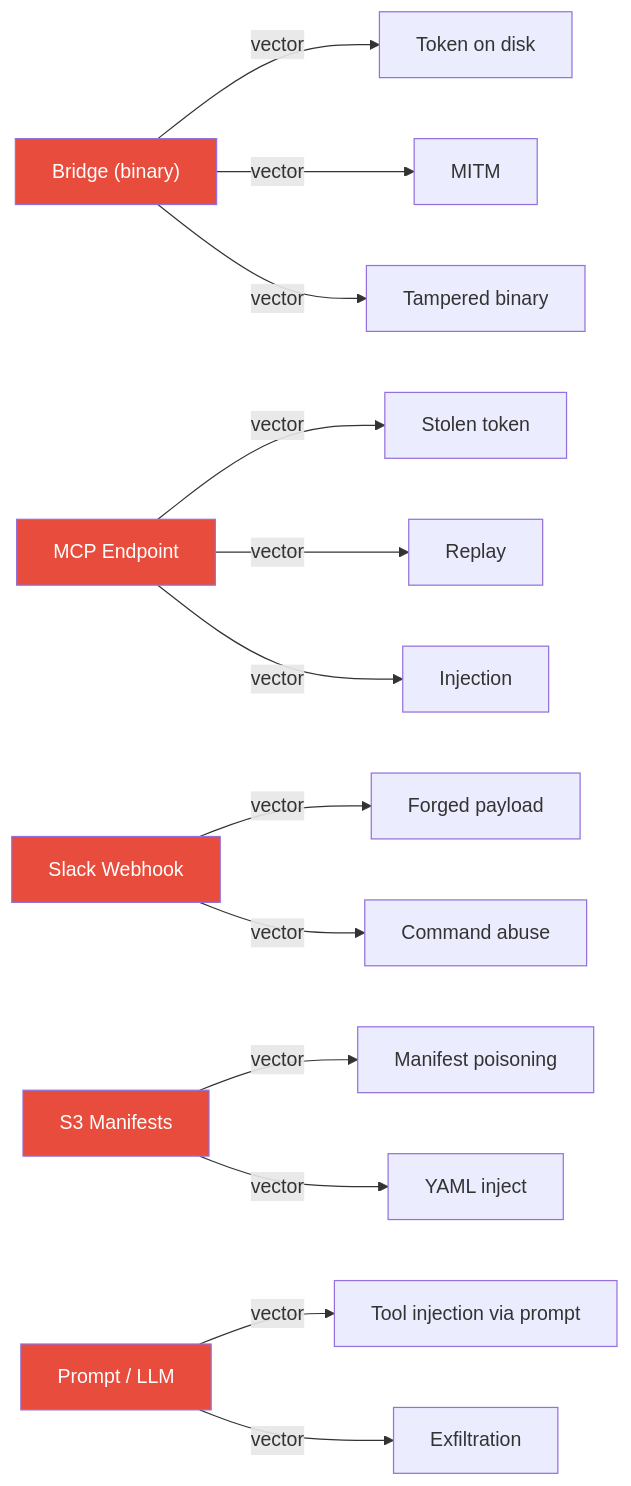
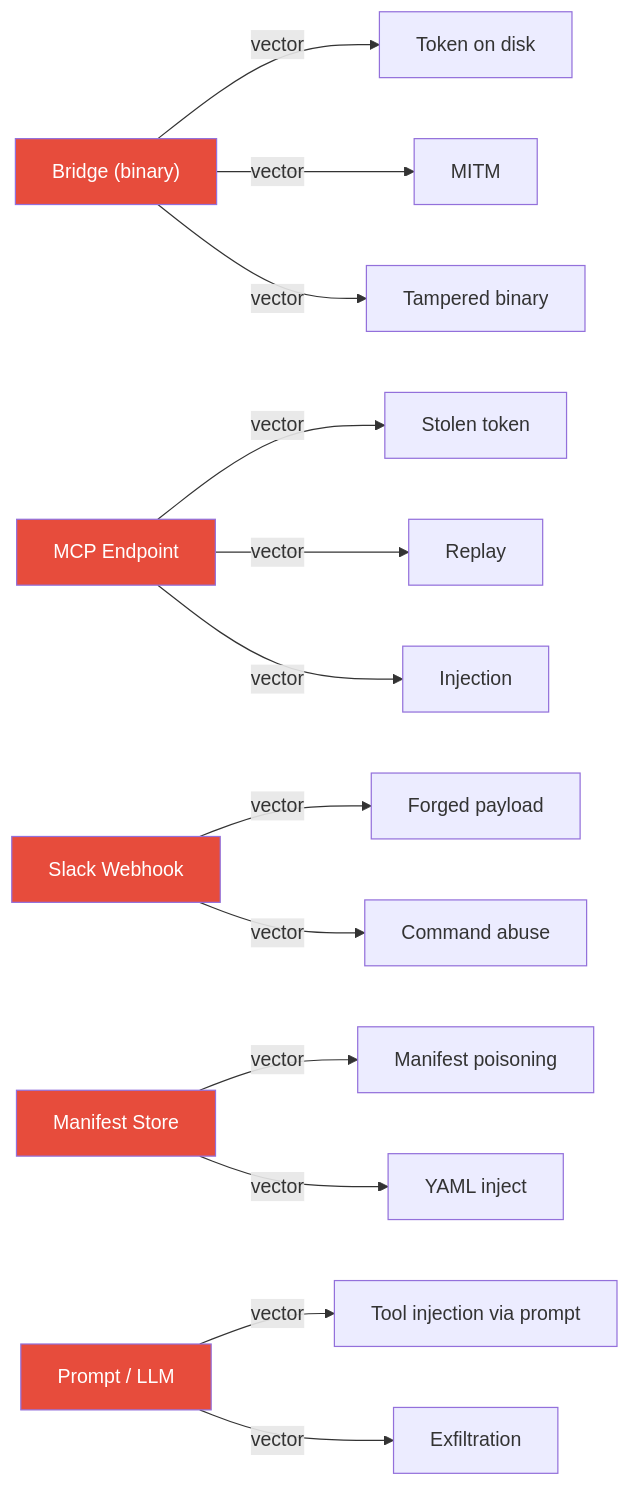
One commit to phbruce/agentrun changed the seventh of 31 diagrams in docs/book/agentrun-book.md. Above: the diagram before and after it, drawn with Mermaid. The commit also changed other lines of this file, not shown here.

````diff
--- a/docs/book/agentrun-book.md
+++ b/docs/book/agentrun-book.md
@@ -892,25 +891,25 @@
 ```mermaid
 graph LR
     B["Bridge (binary)"] -->|vector| B1["Token on disk"]
     B -->|vector| B2["MITM"]
     B -->|vector| B3["Tampered binary"]
 
     M["MCP Endpoint"] -->|vector| M1["Stolen token"]
     M -->|vector| M2["Replay"]
     M -->|vector| M3["Injection"]
 
     S["Slack Webhook"] -->|vector| S1["Forged payload"]
     S -->|vector| S2["Command abuse"]
 
-    S3["S3 Manifests"] -->|vector| S3a["Manifest poisoning"]
+    S3["Manifest Store"] -->|vector| S3a["Manifest poisoning"]
     S3 -->|vector| S3b["YAML inject"]
 
     P["Prompt / LLM"] -->|vector| P1["Tool injection via prompt"]
     P -->|vector| P2["Exfiltration"]
 
     style B fill:#e74c3c,color:#fff
     style M fill:#e74c3c,color:#fff
     style S fill:#e74c3c,color:#fff
     style S3 fill:#e74c3c,color:#fff
     style P fill:#e74c3c,color:#fff
 ```
````
